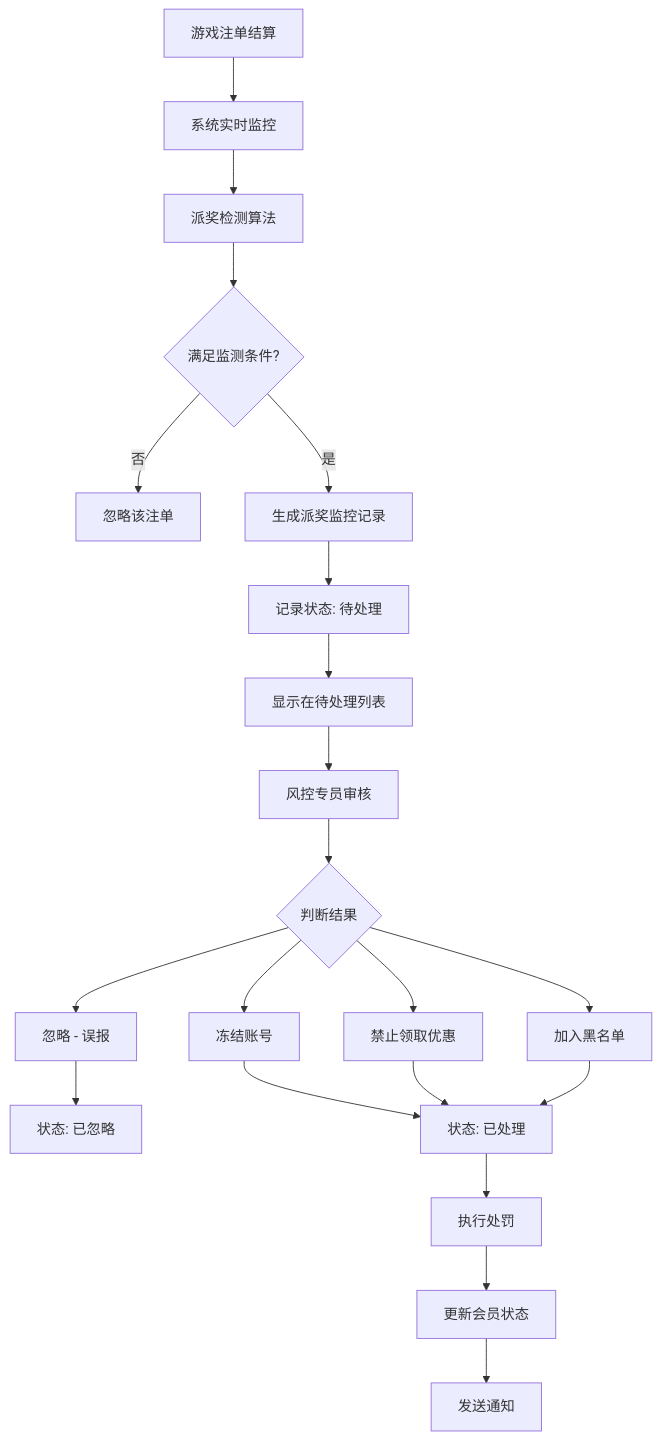
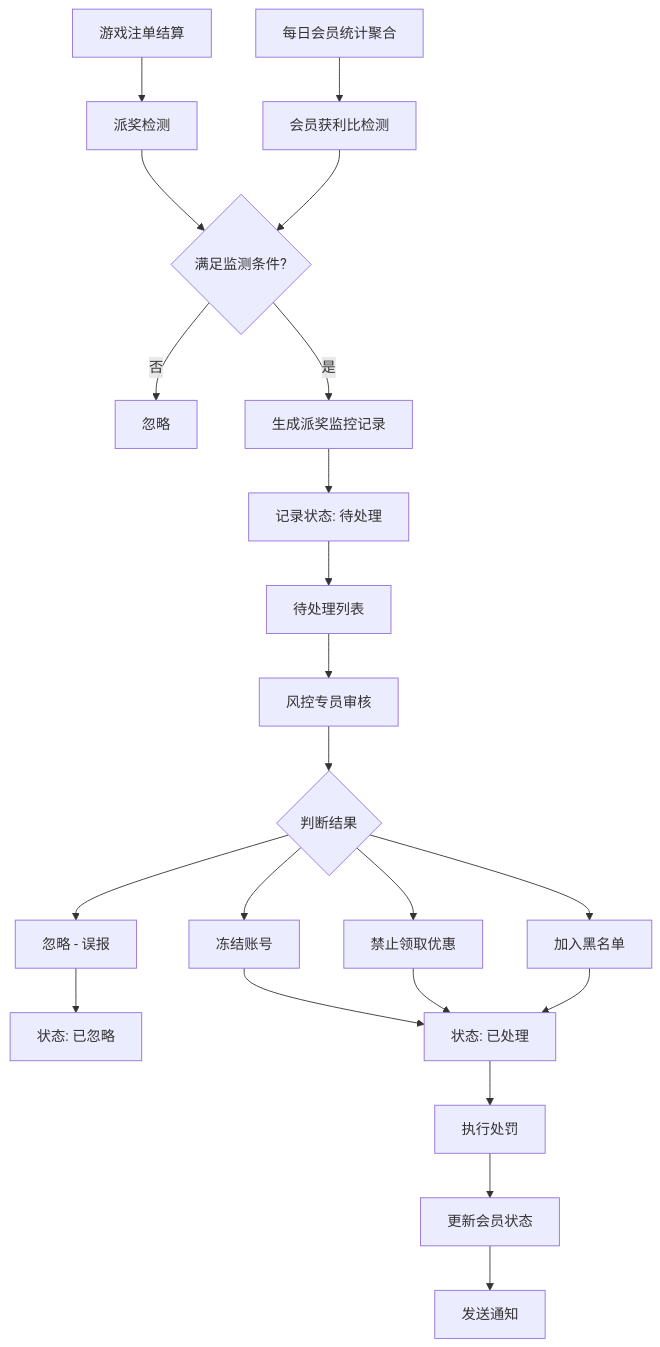
One commit to bawan-ctrl/hxjjprd changed the diagram in PRD-023-派奖监控模块.md. Above: the diagram before and after it, drawn with Mermaid. The commit also changed other lines of this file, not shown here.

````diff
--- a/PRD-023-派奖监控模块.md
+++ b/PRD-023-派奖监控模块.md
@@ -17,29 +17,29 @@
 ```mermaid
 graph TD
-    A[游戏注单结算] --> B[系统实时监控]
-    B --> C[派奖检测算法]
-    
-    C --> D{满足监测条件?}
-    D -- 否 --> E[忽略该注单]
+    A[游戏注单结算] --> B[派奖检测]
+    A2[每日会员统计聚合] --> C2[会员获利比检测]
+
+    B --> D{满足监测条件?}
+    C2 --> D
+    D -- 否 --> E[忽略]
     D -- 是 --> F[生成派奖监控记录]
-    
+
     F --> G[记录状态: 待处理]
-    G --> H[显示在待处理列表]
-    
+    G --> H[待处理列表]
     H --> I[风控专员审核]
     I --> J{判断结果}
-    
+
     J --> K[忽略 - 误报]
     J --> L[冻结账号]
     J --> M[禁止领取优惠]
     J --> N[加入黑名单]
-    
+
     K --> O[状态: 已忽略]
     L --> P[状态: 已处理]
     M --> P
     N --> P
-    
+
     P --> Q[执行处罚]
     Q --> R[更新会员状态]
     R --> S[发送通知]
 ```
````
